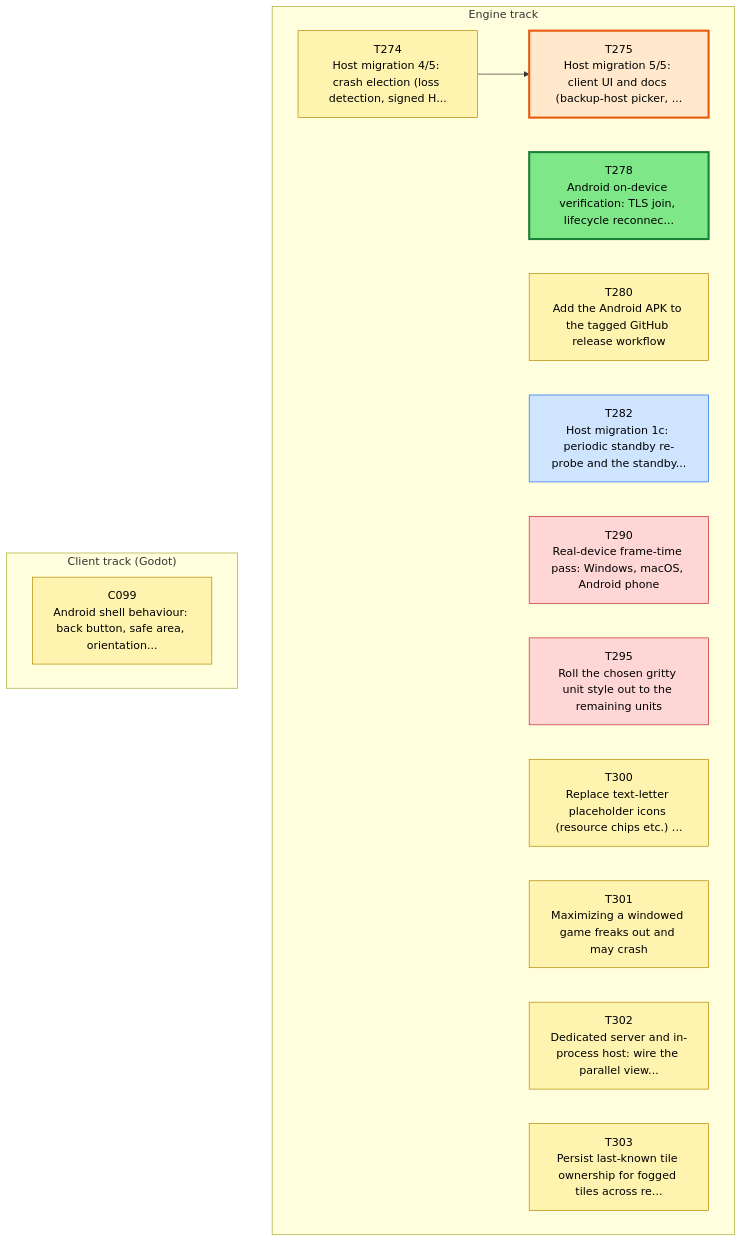
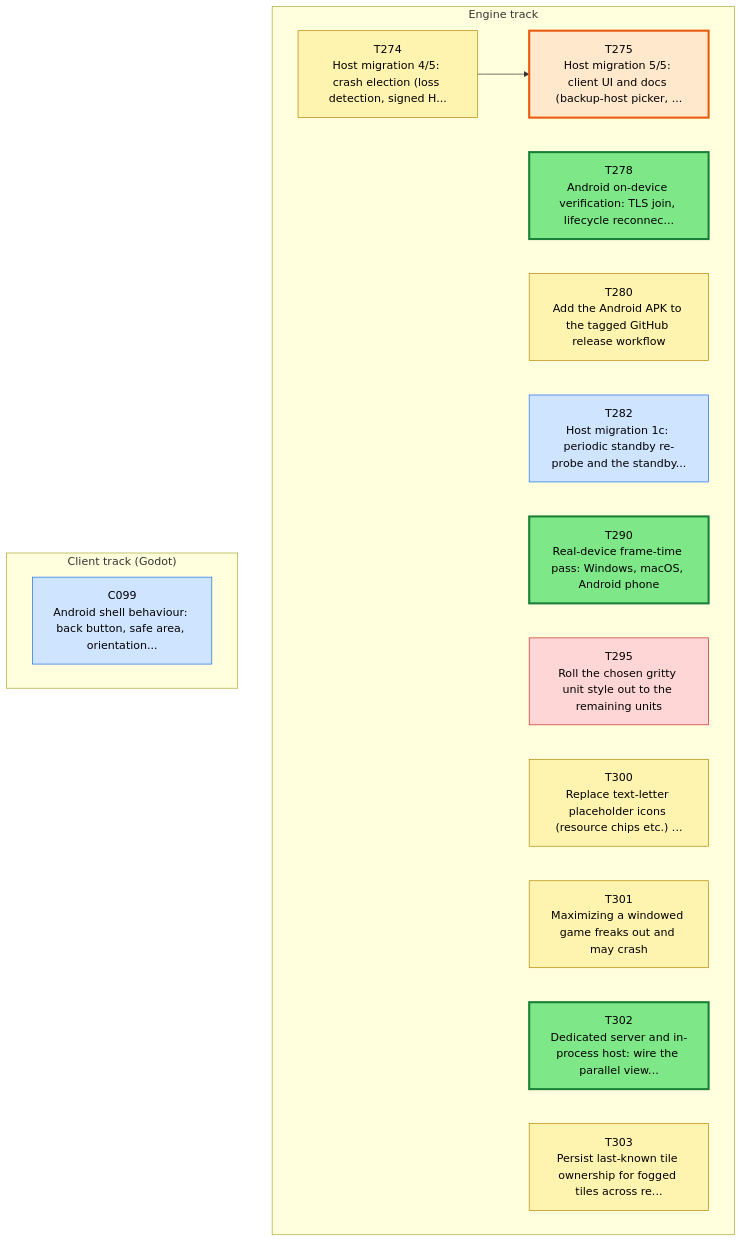
The first of 3 diagrams in csharp/migration/DEPENDENCY_MAP.md (Kenmura/Unciv), drawn with Mermaid before and after one commit. The commit also changed other lines of this file and 13 other files, not shown here.

````diff
--- a/csharp/migration/DEPENDENCY_MAP.md
+++ b/csharp/migration/DEPENDENCY_MAP.md
@@ -35,39 +35,39 @@
 ```mermaid
 flowchart TD
   subgraph TTRACK["Engine track"]
     T274["T274<br/>Host migration 4/5: crash election (loss detection, signed H..."]
     T275["T275<br/>Host migration 5/5: client UI and docs (backup-host picker, ..."]
     T278["T278<br/>Android on-device verification: TLS join, lifecycle reconnec..."]
     T280["T280<br/>Add the Android APK to the tagged GitHub release workflow"]
     T282["T282<br/>Host migration 1c: periodic standby re-probe and the standby..."]
     T290["T290<br/>Real-device frame-time pass: Windows, macOS, Android phone"]
     T295["T295<br/>Roll the chosen gritty unit style out to the remaining units"]
     T300["T300<br/>Replace text-letter placeholder icons (resource chips etc.) ..."]
     T301["T301<br/>Maximizing a windowed game freaks out and may crash"]
     T302["T302<br/>Dedicated server and in-process host: wire the parallel view..."]
     T303["T303<br/>Persist last-known tile ownership for fogged tiles across re..."]
   end
   subgraph CTRACK["Client track (Godot)"]
     C099["C099<br/>Android shell behaviour: back button, safe area, orientation..."]
   end
   T274 --> T275
   classDef waiting fill:#f3faf3,stroke:#9bc49b,color:#555,stroke-dasharray:2 2
   classDef ondeck fill:#ffe8cc,stroke:#e8590c,stroke-width:3px,color:#000
   classDef ready fill:#7ee787,stroke:#1a7f37,stroke-width:3px,color:#000
   classDef prog fill:#fff3b0,stroke:#b58900,color:#000
   classDef review fill:#cfe4ff,stroke:#1f6feb,color:#000
   classDef blocked fill:#ffd6d6,stroke:#c62828,color:#000
   classDef done fill:#eeeeee,stroke:#999999,color:#666,stroke-dasharray:4 3
-  class C099 prog
+  class C099 review
   class T274 prog
   class T275 ondeck
   class T278 ready
   class T280 prog
   class T282 review
-  class T290 blocked
+  class T290 ready
   class T295 blocked
   class T300 prog
   class T301 prog
-  class T302 prog
+  class T302 ready
   class T303 prog
 ```
````
